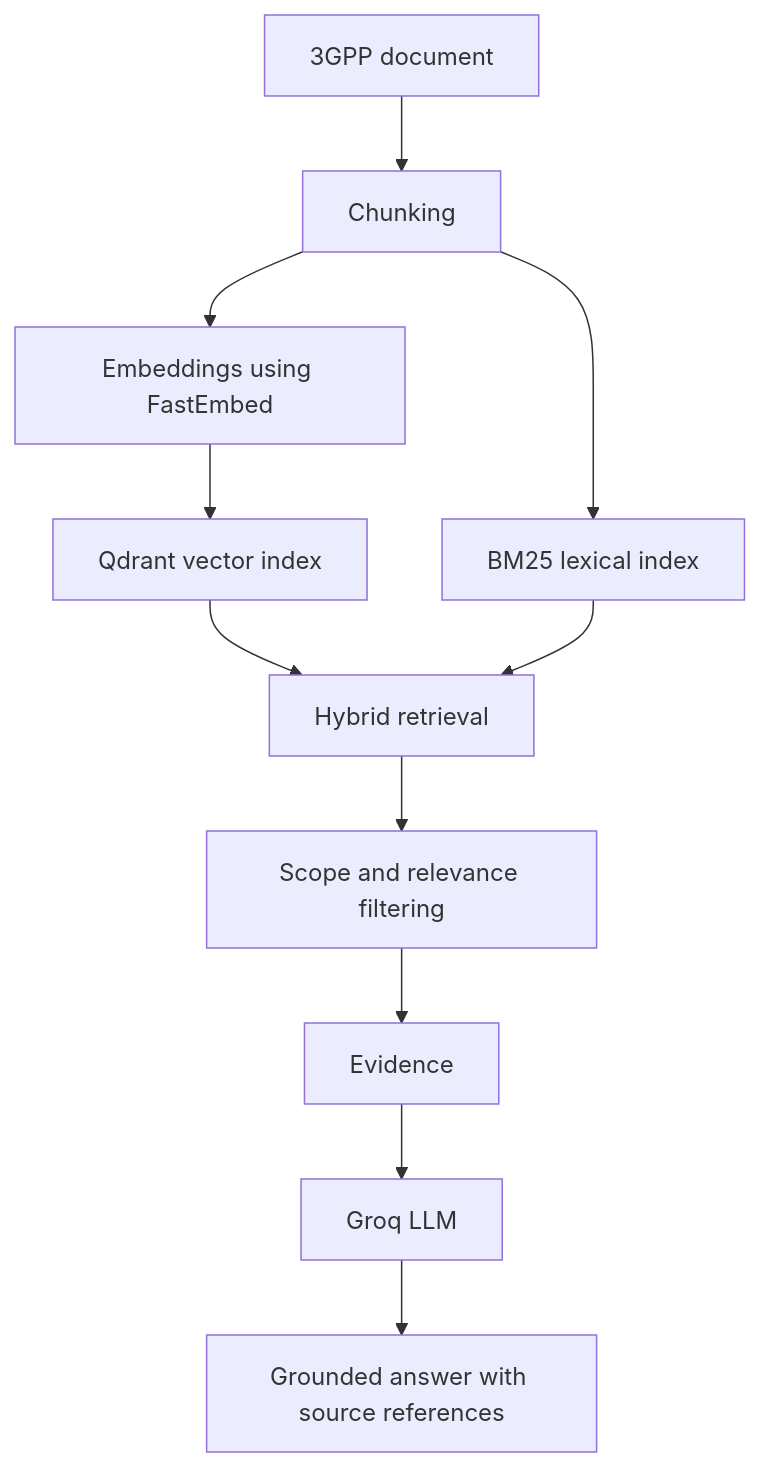
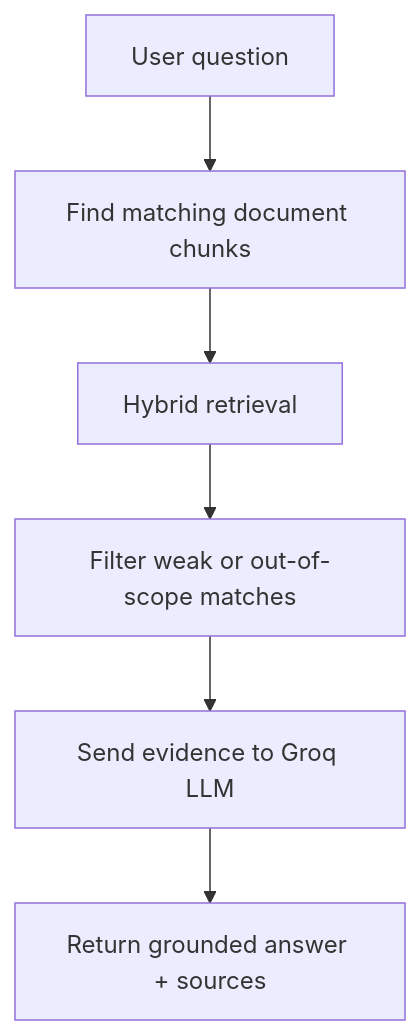
One commit to GAURAV0440/Telecom-Chatbot changed the diagram in README.md. Above: the diagram before and after it, drawn with Mermaid. The commit also changed other lines of this file, not shown here.

````diff
--- a/README.md
+++ b/README.md
@@ -116,13 +139,8 @@
 ```mermaid
 flowchart TD
-    A[3GPP document] --> B[Chunking]
-    B --> C[Embeddings using FastEmbed]
-    C --> D[Qdrant vector index]
-    B --> E[BM25 lexical index]
-    D --> F[Hybrid retrieval]
-    E --> F
-    F --> G[Scope and relevance filtering]
-    G --> H[Evidence]
-    H --> I[Groq LLM]
-    I --> J[Grounded answer with source references]
+    A[User question] --> B[Find matching document chunks]
+    B --> C[Hybrid retrieval]
+    C --> D[Filter weak or out-of-scope matches]
+    D --> E[Send evidence to Groq LLM]
+    E --> F[Return grounded answer + sources]
 ```
````
